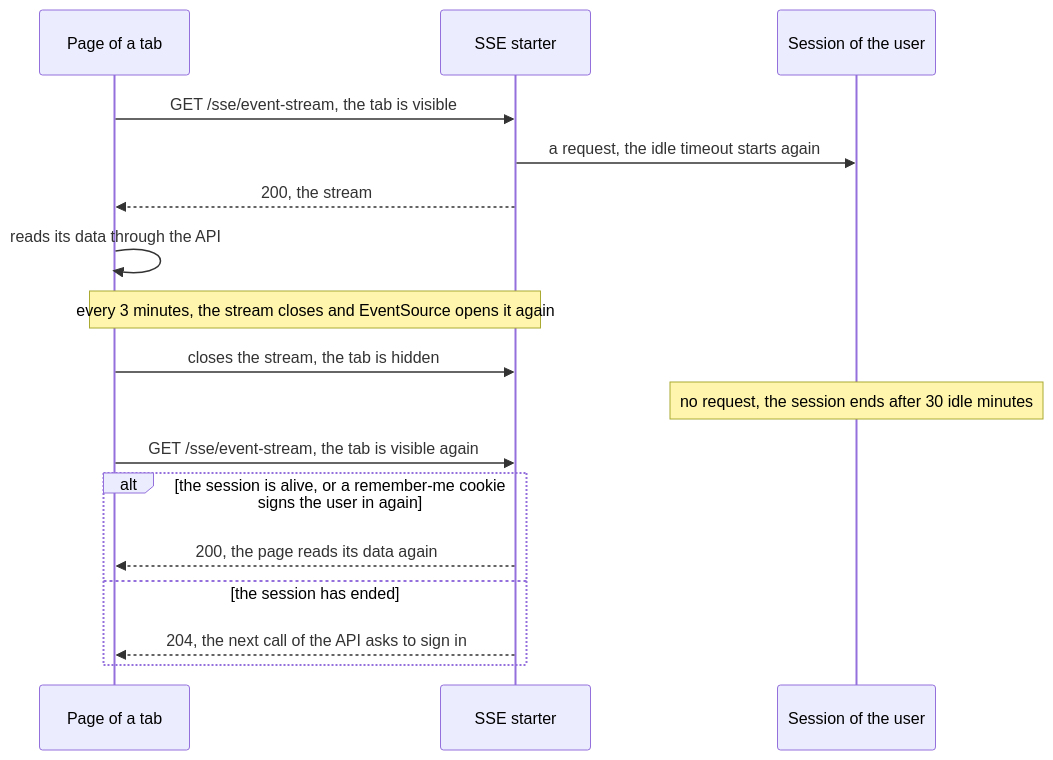
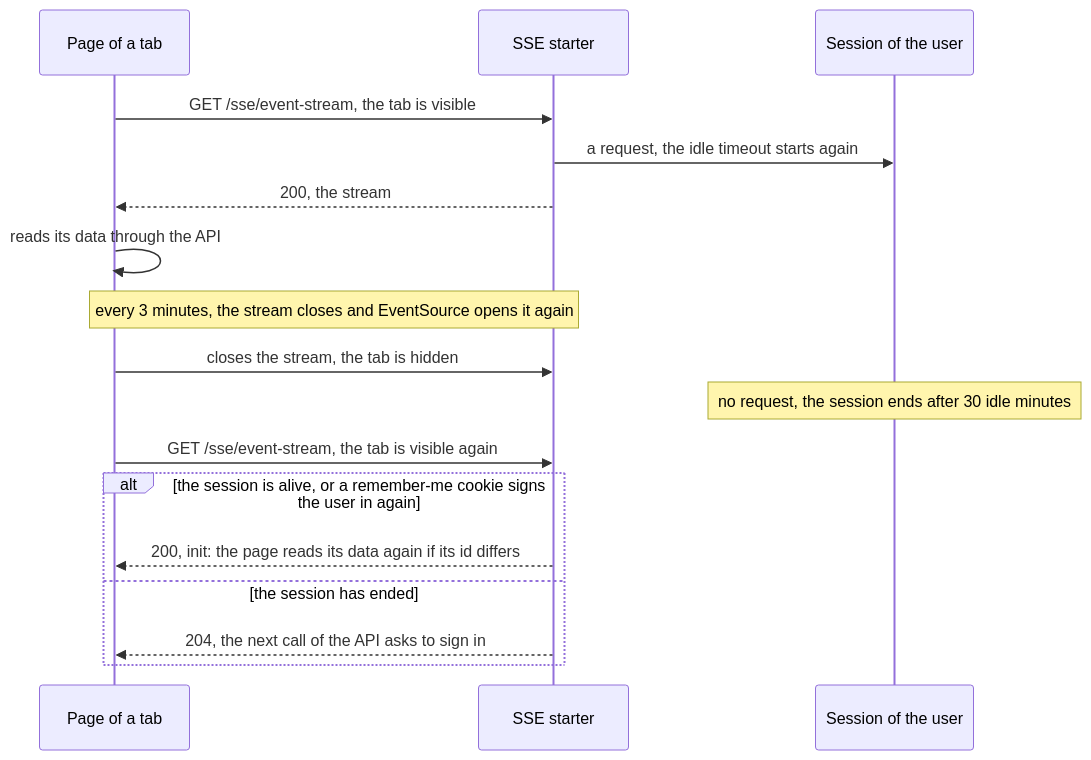
The third of 3 diagrams in tech-starters/backend/sse-starter/README.md (mboisnard/drinkit), drawn with Mermaid before and after one commit. The commit also changed other lines of this file and 16 other files, not shown here.

First line of the commit message:
[TECH-STARTER] Open each server events stream with the id of the last event its recipient got (#719)

````diff
--- a/tech-starters/backend/sse-starter/README.md
+++ b/tech-starters/backend/sse-starter/README.md
@@ -46,19 +47,19 @@
 ```mermaid
 sequenceDiagram
     participant Page as Page of a tab
     participant Starter as SSE starter
     participant Session as Session of the user
     Page->>Starter: GET /sse/event-stream, the tab is visible
     Starter->>Session: a request, the idle timeout starts again
     Starter-->>Page: 200, the stream
     Page->>Page: reads its data through the API
     Note over Page,Starter: every 3 minutes, the stream closes and EventSource opens it again
     Page->>Starter: closes the stream, the tab is hidden
     Note over Session: no request, the session ends after 30 idle minutes
     Page->>Starter: GET /sse/event-stream, the tab is visible again
     alt the session is alive, or a remember-me cookie signs the user in again
-        Starter-->>Page: 200, the page reads its data again
+        Starter-->>Page: 200, init: the page reads its data again if its id differs
     else the session has ended
         Starter-->>Page: 204, the next call of the API asks to sign in
     end
 ```
````
